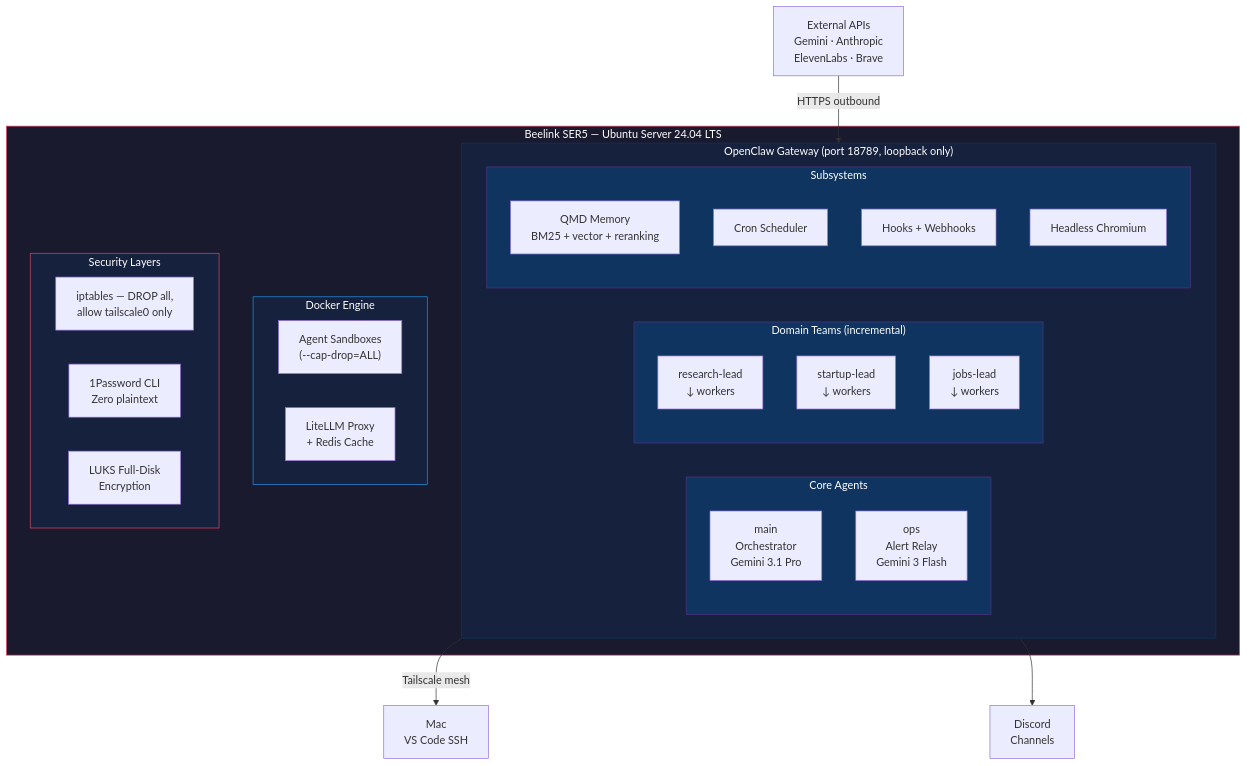
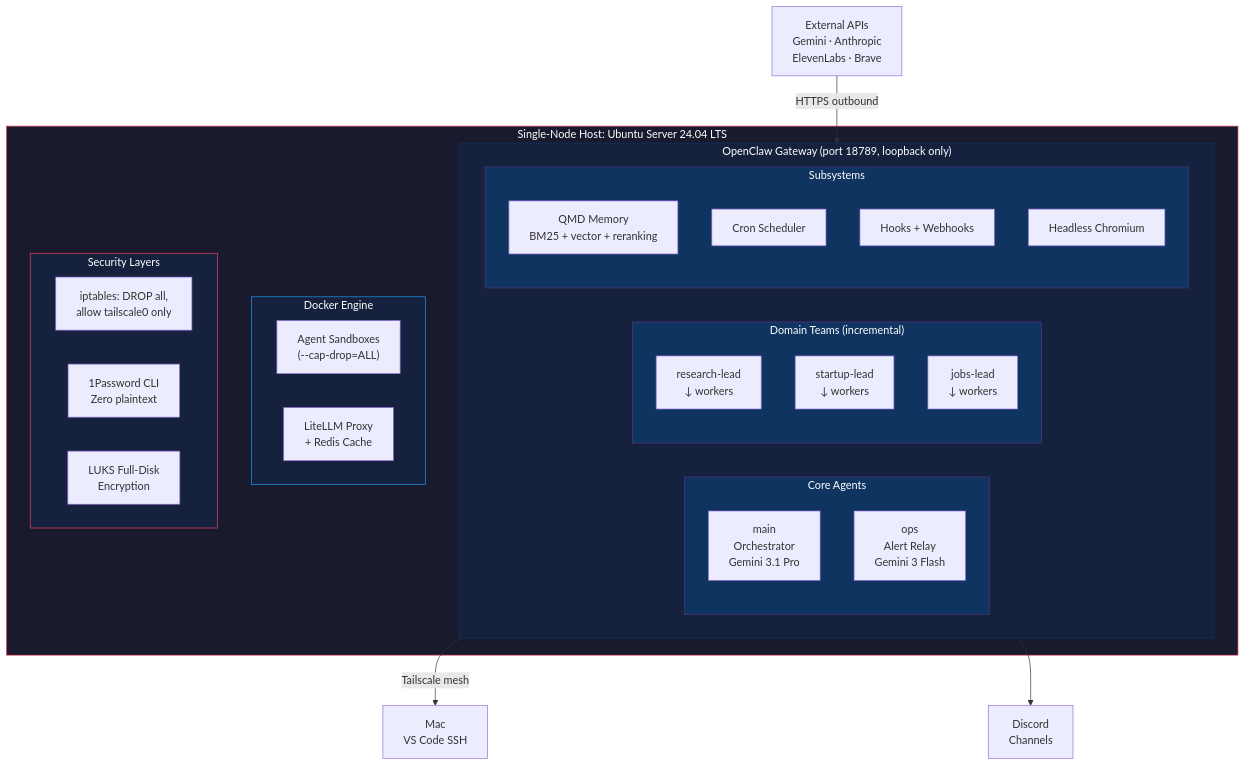
Before and after one commit to AIJSAI/hive-showcase: the diagram in README.md, drawn with Mermaid. The commit also changed other lines of this file and 1 other file, not shown here.

Commit message:
docs: lead with architecture and security, drop hardware/cost framing and em-dashes

````diff
--- a/README.md
+++ b/README.md
@@ -23,43 +23,43 @@
 ```mermaid
 graph TB
-    subgraph Beelink["Beelink SER5 — Ubuntu Server 24.04 LTS"]
+    subgraph Host["Single-Node Host: Ubuntu Server 24.04 LTS"]
         subgraph Gateway["OpenClaw Gateway (port 18789, loopback only)"]
             subgraph Core["Core Agents"]
                 main["main<br/>Orchestrator<br/>Gemini 3.1 Pro"]
                 ops["ops<br/>Alert Relay<br/>Gemini 3 Flash"]
             end
             subgraph Teams["Domain Teams (incremental)"]
                 research["research-lead<br/>↓ workers"]
                 startup["startup-lead<br/>↓ workers"]
                 jobs["jobs-lead<br/>↓ workers"]
             end
             subgraph Subs["Subsystems"]
                 qmd["QMD Memory<br/>BM25 + vector + reranking"]
                 cron["Cron Scheduler"]
                 hooks["Hooks + Webhooks"]
                 chromium["Headless Chromium"]
             end
         end
         subgraph Docker["Docker Engine"]
             sandbox["Agent Sandboxes<br/>(--cap-drop=ALL)"]
             litellm["LiteLLM Proxy<br/>+ Redis Cache"]
         end
         subgraph Security["Security Layers"]
-            ipt["iptables — DROP all,<br/>allow tailscale0 only"]
+            ipt["iptables: DROP all,<br/>allow tailscale0 only"]
             op["1Password CLI<br/>Zero plaintext"]
             luks["LUKS Full-Disk<br/>Encryption"]
         end
     end
 
     APIs["External APIs<br/>Gemini · Anthropic<br/>ElevenLabs · Brave"] -->|HTTPS outbound| Gateway
     Gateway -->|Tailscale mesh| Mac["Mac<br/>VS Code SSH"]
     Gateway --> Discord["Discord<br/>Channels"]
 
-    style Beelink fill:#1a1a2e,stroke:#e94560,color:#fff
+    style Host fill:#1a1a2e,stroke:#e94560,color:#fff
     style Gateway fill:#16213e,stroke:#0f3460,color:#fff
     style Core fill:#0f3460,stroke:#533483,color:#fff
     style Teams fill:#0f3460,stroke:#533483,color:#fff
     style Subs fill:#0f3460,stroke:#533483,color:#fff
     style Docker fill:#16213e,stroke:#2496ED,color:#fff
     style Security fill:#16213e,stroke:#e94560,color:#fff
 ```
````
